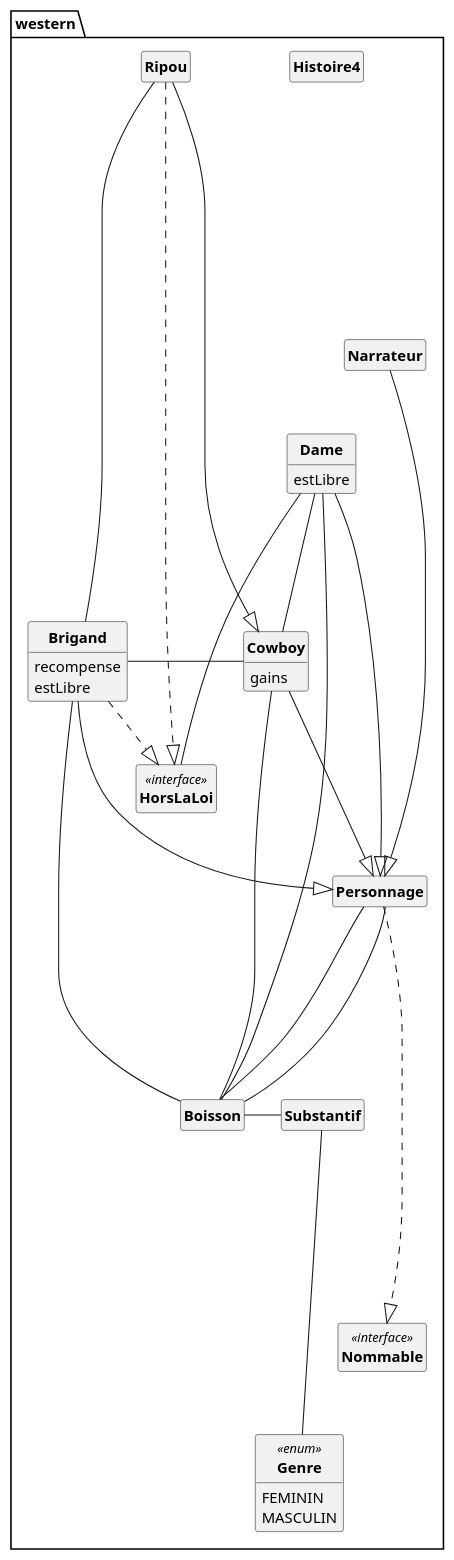
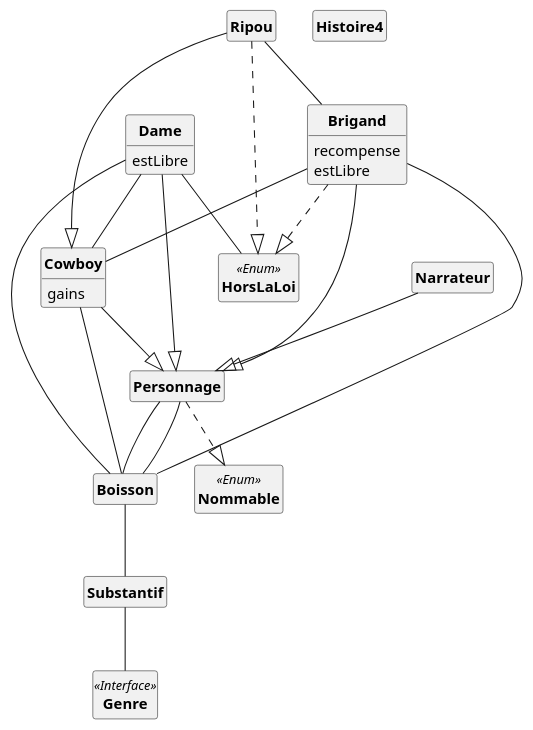
The diagram in out/production/p21_projet/pumlFromJava/westernClass.puml (DimToups/Java-to-PUML-converter), drawn with PlantUML before and after one commit. The commit also changed 9 other files, not shown here.

```diff
--- a/out/production/p21_projet/pumlFromJava/westernClass.puml
+++ b/out/production/p21_projet/pumlFromJava/westernClass.puml
@@ -1,73 +1,57 @@
 @startuml
 'https://plantuml.com/class-diagram
 skinparam style strictuml
 skinparam classAttributeIconSize 0
 skinparam classFontStyle Bold
 
 hide empty members
 
-
-package western{
-
 class Boisson{
-
 }
 class Brigand{
 	recompense
 	estLibre
-
 }
 class Cowboy{
 	gains
-
 }
 class Dame{
 	estLibre
-
 }
-class Genre <<enum>>{
-	FEMININ
-	MASCULIN
-
+class Genre <<Interface>>{
 }
 class Histoire4{
-
 }
-class HorsLaLoi <<interface>>{
-
+class HorsLaLoi <<Enum>>{
 }
 class Narrateur{
-
 }
-class Nommable <<interface>>{
-
+class Nommable <<Enum>>{
 }
 class Personnage{
-
 }
 class Ripou{
-
 }
 class Substantif{
+}
+Boisson -- Substantif
+Brigand -- Cowboy
+Brigand -- Boisson
+Brigand --|> Personnage
+Brigand ..|> HorsLaLoi
+Cowboy -- Boisson
+Cowboy --|> Personnage
+Dame -- Cowboy
+Dame -- HorsLaLoi
+Dame -- Boisson
+Dame --|> Personnage
+Narrateur --|> Personnage
+Personnage -- Boisson
+Personnage -- Boisson
+Personnage ..|> Nommable
+Ripou -- Brigand
+Ripou --|> Cowboy
+Ripou ..|> HorsLaLoi
+Substantif -- Genre
 
-}
-Boisson-Substantif
-Brigand-|>Personnage
-Brigand..|>HorsLaLoi
-Brigand-Cowboy
-Brigand--Boisson
-Cowboy---|>Personnage
-Cowboy--Boisson
-Dame----|>Personnage
-Dame---Cowboy
-Dame---HorsLaLoi
-Dame---Boisson
-Narrateur------|>Personnage
-Personnage.......|>Nommable
-Personnage----Boisson
-Personnage----Boisson
-Ripou--------|>Cowboy
-Ripou.........|>HorsLaLoi
-Ripou-----Brigand
-Substantif-----Genre
 @enduml
```
